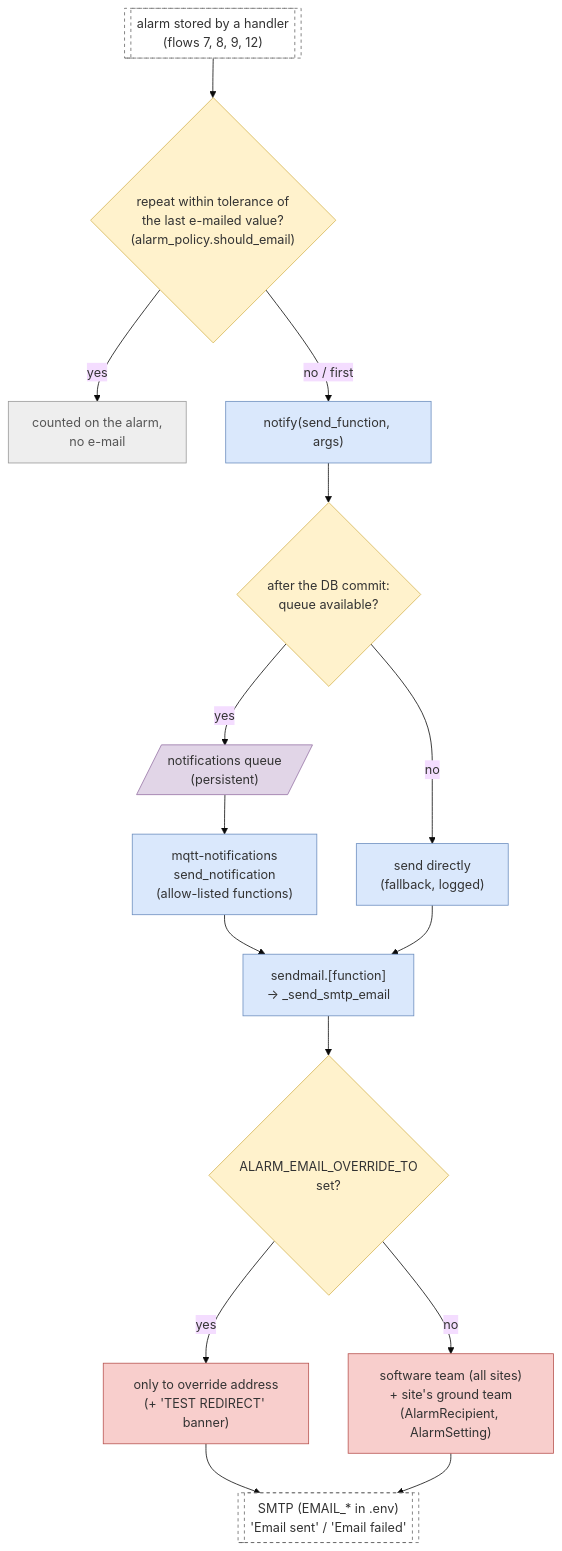
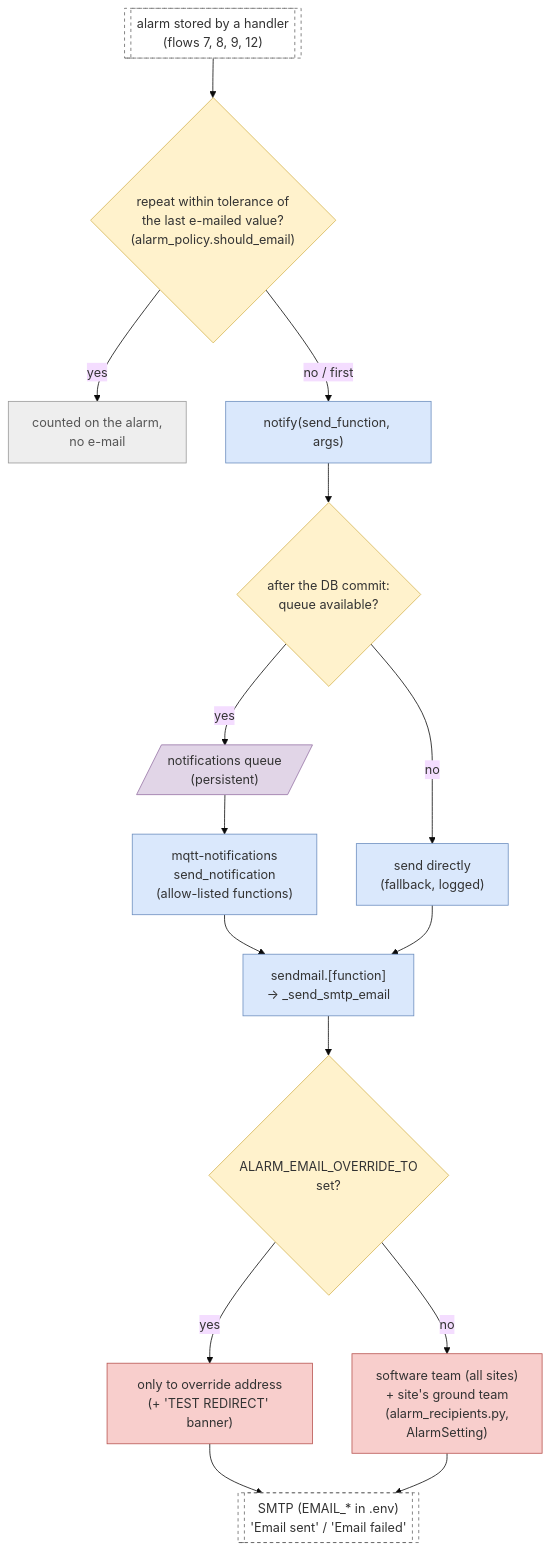
The tenth of 22 diagrams in docs/mqtt-flows/README.md (ashutoshdubey-aviconn/AVC-backend), drawn with Mermaid (base theme) before and after one commit. The commit also changed other lines of this file and 9 other files, not shown here.

First line of the commit message:
Alarm recipients come from wareApp/mqtt/services/alarm_recipients.py

````diff
--- a/docs/mqtt-flows/README.md
+++ b/docs/mqtt-flows/README.md
@@ -786,42 +786,42 @@
 ```mermaid
 flowchart TD
     alarm[["alarm stored by a handler<br/>(flows 7, 8, 9, 12)"]]
     rep{"repeat within tolerance of<br/>the last e-mailed value?<br/>(alarm_policy.should_email)"}
     quiet["counted on the alarm,<br/>no e-mail"]
     notify["notify(send_function, args)"]
     commit{"after the DB commit:<br/>queue available?"}
     q[/"notifications queue<br/>(persistent)"/]
     direct["send directly<br/>(fallback, logged)"]
     worker["mqtt-notifications<br/>send_notification<br/>(allow-listed functions)"]
     send["sendmail.[function]<br/>-> _send_smtp_email"]
     over{"ALARM_EMAIL_OVERRIDE_TO<br/>set?"}
     test["only to override address<br/>(+ 'TEST REDIRECT' banner)"]
-    real["software team (all sites)<br/>+ site's ground team<br/>(AlarmRecipient, AlarmSetting)"]
+    real["software team (all sites)<br/>+ site's ground team<br/>(alarm_recipients.py,<br/>AlarmSetting)"]
     smtp[["SMTP (EMAIL_* in .env)<br/>'Email sent' / 'Email failed'"]]
     alarm --> rep
     rep -->|"yes"| quiet
     rep -->|"no / first"| notify
     notify --> commit
     commit -->|"yes"| q
     commit -->|"no"| direct
     q --> worker
     worker --> send
     direct --> send
     send --> over
     over -->|"yes"| test
     over -->|"no"| real
     test --> smtp
     real --> smtp
     classDef decision fill:#fff2cc,stroke:#d6b656
     class rep,commit,over decision
     classDef queue fill:#e1d5e7,stroke:#9673a6
     class q queue
     classDef alarm fill:#f8cecc,stroke:#b85450
     class test,real alarm
     classDef ext fill:#ffffff,stroke:#666,stroke-dasharray:4
     class alarm,smtp ext
     classDef skip fill:#eee,stroke:#999,color:#555
     class quiet skip
     classDef process fill:#dae8fc,stroke:#6c8ebf
     class notify,direct,worker,send process
 ```
````
